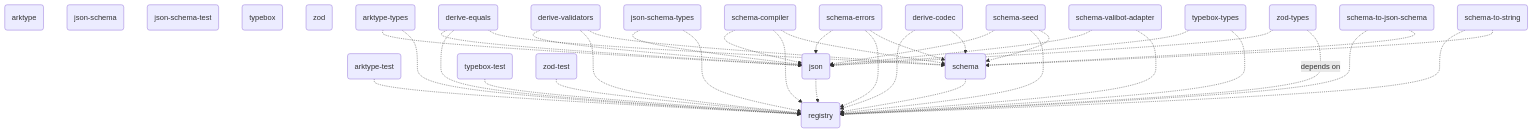
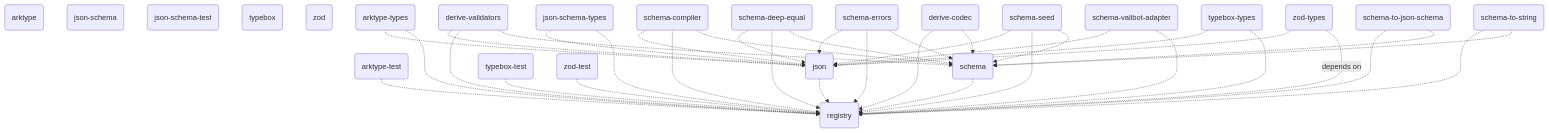
Before and after one commit to traversable/schema: the diagram in README.md, drawn with Mermaid. The commit also changed 28 other files, not shown here.

Commit message:
init(schema-deep-equal): renames `@traversable/derive-equals` to `@traversable/schema-deep-equal`

````diff
--- a/README.md
+++ b/README.md
@@ -78,45 +78,45 @@
 ```mermaid
 flowchart TD
     arktype(arktype)
     json-schema(json-schema)
     json-schema-test(json-schema-test)
     registry(registry)
     typebox(typebox)
     zod(zod)
     arktype-test(arktype-test) -.-> registry(registry)
     json(json) -.-> registry(registry)
     schema(schema) -.-> registry(registry)
     typebox-test(typebox-test) -.-> registry(registry)
     zod-test(zod-test) -.-> registry(registry)
     arktype-types(arktype-types) -.-> json(json)
     arktype-types(arktype-types) -.-> registry(registry)
     derive-codec(derive-codec) -.-> registry(registry)
     derive-codec(derive-codec) -.-> schema(schema)
-    derive-equals(derive-equals) -.-> json(json)
-    derive-equals(derive-equals) -.-> registry(registry)
-    derive-equals(derive-equals) -.-> schema(schema)
     derive-validators(derive-validators) -.-> json(json)
     derive-validators(derive-validators) -.-> registry(registry)
     derive-validators(derive-validators) -.-> schema(schema)
     json-schema-types(json-schema-types) -.-> json(json)
     json-schema-types(json-schema-types) -.-> registry(registry)
     schema-compiler(schema-compiler) -.-> json(json)
     schema-compiler(schema-compiler) -.-> registry(registry)
     schema-compiler(schema-compiler) -.-> schema(schema)
+    schema-deep-equal(schema-deep-equal) -.-> json(json)
+    schema-deep-equal(schema-deep-equal) -.-> registry(registry)
+    schema-deep-equal(schema-deep-equal) -.-> schema(schema)
     schema-errors(schema-errors) -.-> json(json)
     schema-errors(schema-errors) -.-> registry(registry)
     schema-errors(schema-errors) -.-> schema(schema)
     schema-seed(schema-seed) -.-> json(json)
     schema-seed(schema-seed) -.-> registry(registry)
     schema-seed(schema-seed) -.-> schema(schema)
     schema-to-json-schema(schema-to-json-schema) -.-> registry(registry)
     schema-to-json-schema(schema-to-json-schema) -.-> schema(schema)
     schema-to-string(schema-to-string) -.-> registry(registry)
     schema-to-string(schema-to-string) -.-> schema(schema)
     schema-valibot-adapter(schema-valibot-adapter) -.-> json(json)
     schema-valibot-adapter(schema-valibot-adapter) -.-> registry(registry)
     typebox-types(typebox-types) -.-> json(json)
     typebox-types(typebox-types) -.-> registry(registry)
     zod-types(zod-types) -.-> json(json)
     zod-types(zod-types) -.depends on.-> registry(registry)
 ```
````
